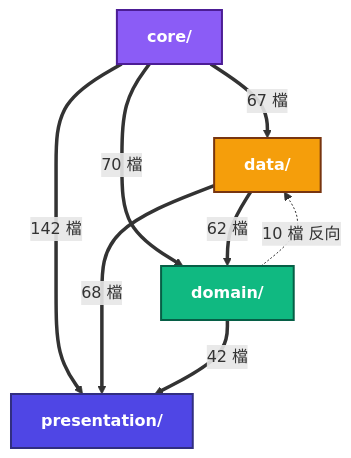
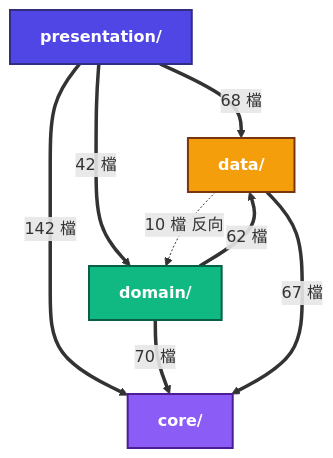
Before and after one commit to Neal75418/daredevil: the first of 2 diagrams in .claude/rules/architecture.md, drawn with Mermaid. The commit also changed other lines of this file, not shown here.

Commit message:
docs: 統一 architecture.md 的箭頭語意為標準 import 方向
同一頁上兩種相反的箭頭慣例並存：圖以「被誰 import」繪製（Data ==>|62| Domain），
內文卻以「A import B」書寫（domain→data 62 檔）。數字都對，但讀者必須先讀圖說
才能解讀箭頭，且兩處方向相反——這正是先前 review 指出「箭頭語意不可還原」的
同一個缺陷，只是換了形式。

改為通用慣例「A → B ＝ A import B」：presentation 在頂（import 全部三層）、
core 在底（不 import 任何一層）。內文同步改寫，全文不再出現第二種慣例。

````diff
--- a/.claude/rules/architecture.md
+++ b/.claude/rules/architecture.md
@@ -16,25 +16,25 @@
 ```mermaid
 flowchart TB
+    Pres["<b>presentation/</b>"]
+    Domain["<b>domain/</b>"]
+    Data["<b>data/</b>"]
     Core["<b>core/</b>"]
-    Data["<b>data/</b>"]
-    Domain["<b>domain/</b>"]
-    Pres["<b>presentation/</b>"]
 
-    Core ==>|142 檔| Pres
-    Core ==>|67 檔| Data
-    Core ==>|70 檔| Domain
-    Data ==>|62 檔| Domain
-    Domain -.->|10 檔 反向| Data
-    Data ==>|68 檔| Pres
-    Domain ==>|42 檔| Pres
+    Pres ==>|142 檔| Core
+    Pres ==>|68 檔| Data
+    Pres ==>|42 檔| Domain
+    Domain ==>|62 檔| Data
+    Data -.->|10 檔 反向| Domain
+    Domain ==>|70 檔| Core
+    Data ==>|67 檔| Core
 
     classDef core fill:#8B5CF6,stroke:#4C1D95,stroke-width:2px,color:#FFFFFF
     classDef data fill:#F59E0B,stroke:#78350F,stroke-width:2px,color:#FFFFFF
     classDef dom fill:#10B981,stroke:#065F46,stroke-width:2px,color:#FFFFFF
     classDef pres fill:#4F46E5,stroke:#312E81,stroke-width:2px,color:#FFFFFF
 
     class Core core
     class Data data
     class Domain dom
     class Pres pres
 ```
````
